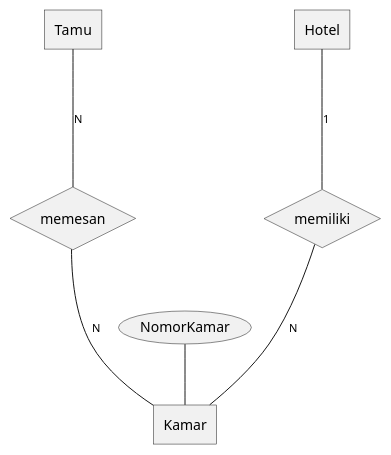
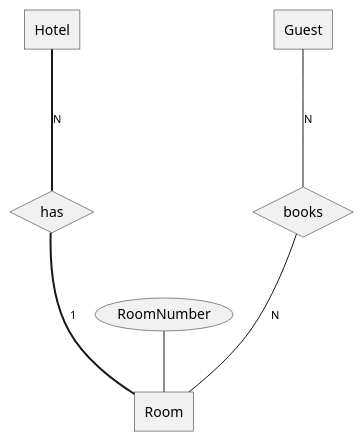
Before and after one commit to adhiansyahancha/Data-ERD-Skripsi: the diagram in src/Fill-Fettke-Kopke.md, drawn with PlantUML. The commit also changed other lines of this file, not shown here.

````diff
--- a/src/Fill-Fettke-Kopke.md
+++ b/src/Fill-Fettke-Kopke.md
@@ -9,23 +7,24 @@
 ```uml
 @startchen
 
-entity Tamu {
-}
-entity Kamar {
-NomorKamar
-}
 entity Hotel {
 }
-relationship memesan {
+entity Room {
+  RoomNumber
 }
-relationship memiliki {
+entity Guest {
 }
 
-Tamu -N- memesan
-memesan -N- Kamar
+relationship has {
+}
+relationship books {
+}
 
-Hotel -1- memiliki
-memiliki -N- Kamar
+Hotel =N= has
+has =1= Room
+
+Guest -N- books
+books -N- Room
 
 @endchen
 ```
````
